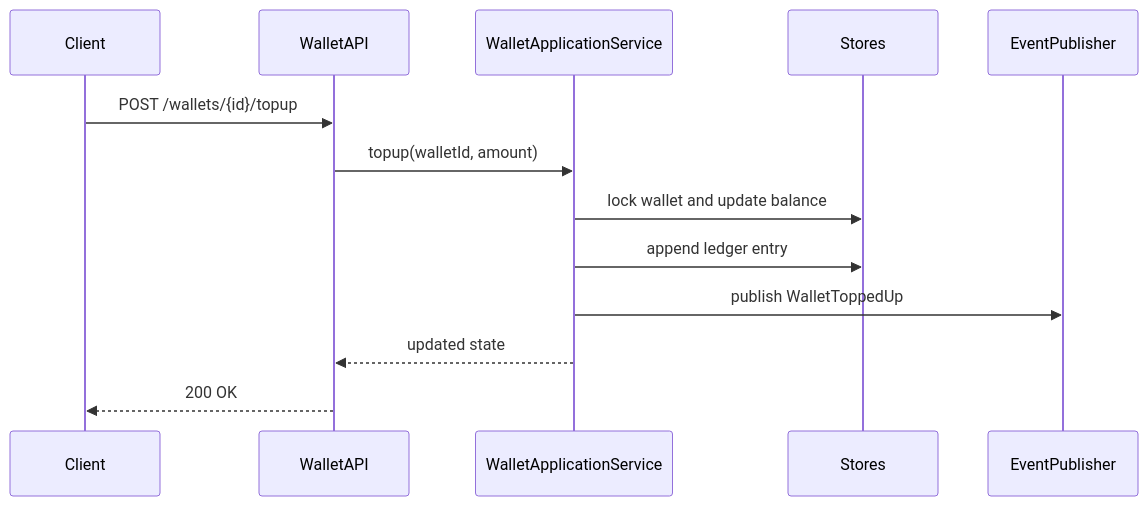
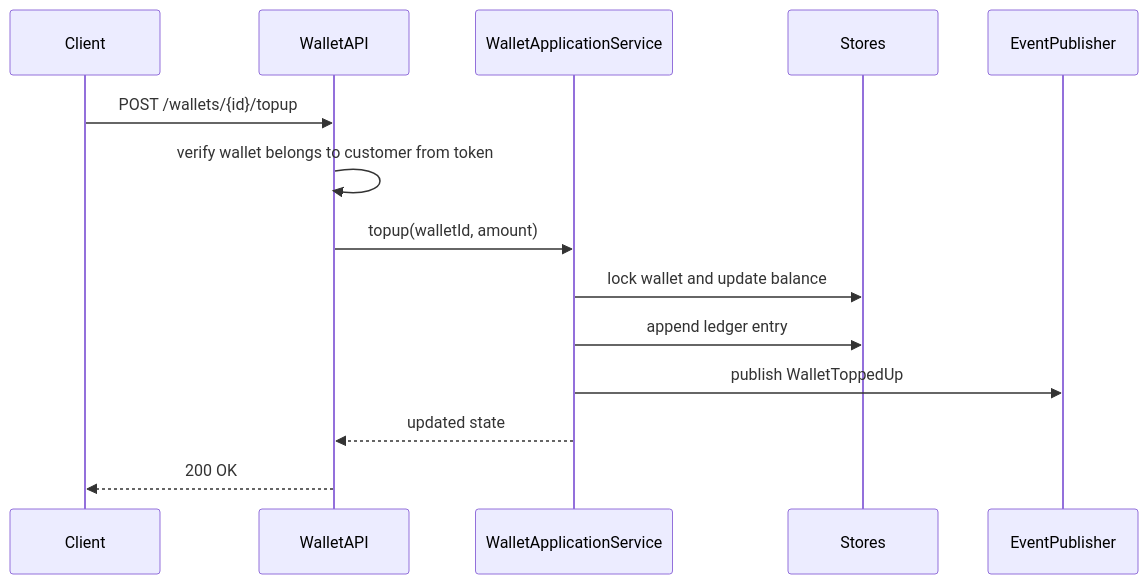
One commit to codewithakc/wallet-service changed the fourth of 5 diagrams in docs/HLD.md. Above: the diagram before and after it, drawn with Mermaid. The commit also changed other lines of this file and 58 other files, not shown here.

````diff
--- a/docs/HLD.md
+++ b/docs/HLD.md
@@ -136,16 +138,17 @@
 ```mermaid
 sequenceDiagram
 participant Client
 participant API as WalletAPI
 participant Service as WalletApplicationService
 participant Store as Stores
 participant Events as EventPublisher
 
 Client->>API: POST /wallets/{id}/topup
+API->>API: verify wallet belongs to customer from token
 API->>Service: topup(walletId, amount)
 Service->>Store: lock wallet and update balance
 Service->>Store: append ledger entry
 Service->>Events: publish WalletToppedUp
 Service-->>API: updated state
 API-->>Client: 200 OK
 ```
````
